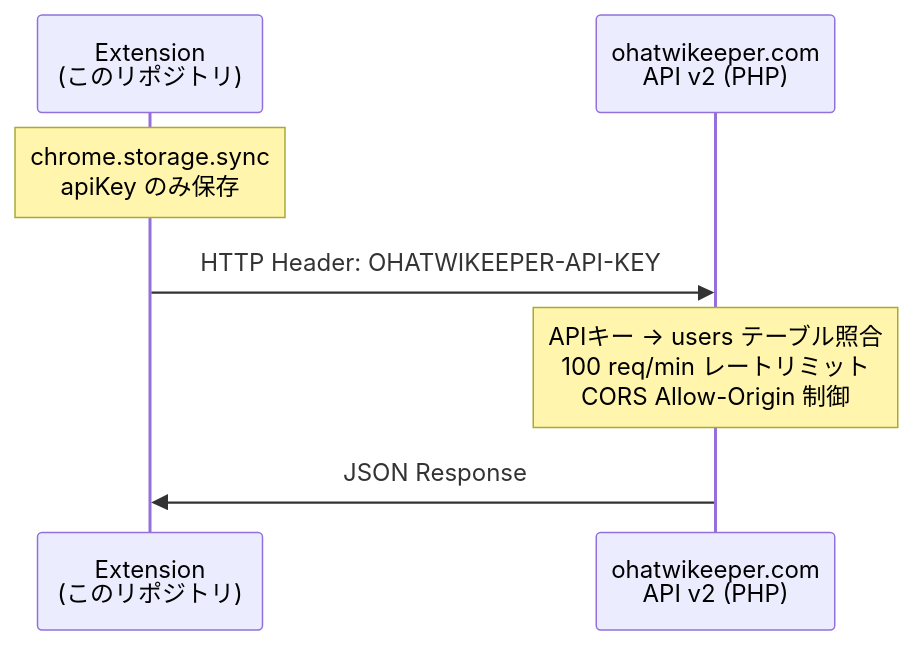
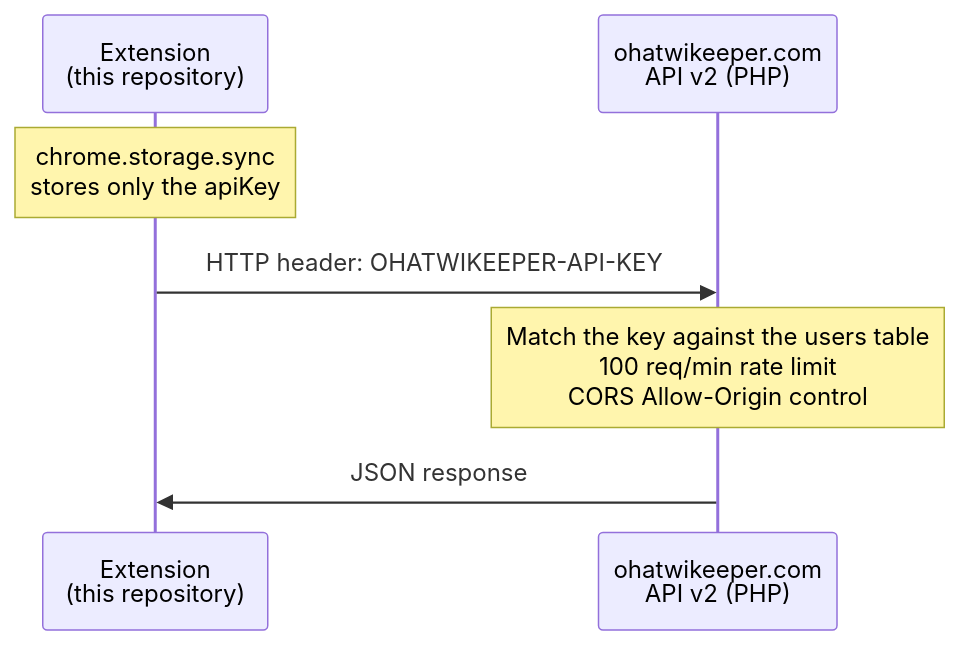
Before and after one commit to ohatwikeeper/ohatwikeeper-extension: the second of 2 diagrams in README.md, drawn with Mermaid. The commit also changed other lines of this file and 3 other files, not shown here.

````diff
--- a/README.md
+++ b/README.md
@@ -136,11 +141,11 @@
 ```mermaid
 sequenceDiagram
-    participant E as Extension<br/>(このリポジトリ)
+    participant E as Extension<br/>(this repository)
     participant S as ohatwikeeper.com<br/>API v2 (PHP)
 
-    Note over E: chrome.storage.sync<br/>apiKey のみ保存
+    Note over E: chrome.storage.sync<br/>stores only the apiKey
 
-    E->>S: HTTP Header: OHATWIKEEPER-API-KEY
-    Note over S: APIキー → users テーブル照合<br/>100 req/min レートリミット<br/>CORS Allow-Origin 制御
-    S->>E: JSON Response
+    E->>S: HTTP header: OHATWIKEEPER-API-KEY
+    Note over S: Match the key against the users table<br/>100 req/min rate limit<br/>CORS Allow-Origin control
+    S->>E: JSON response
 ```
````
